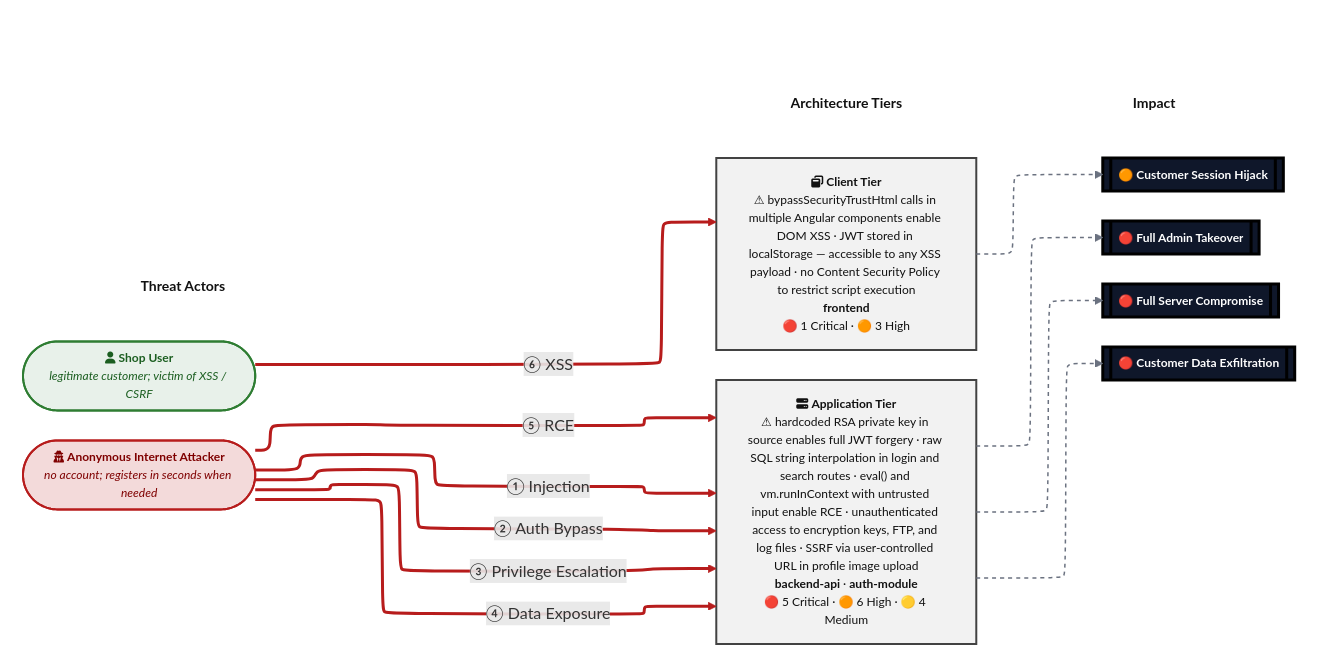
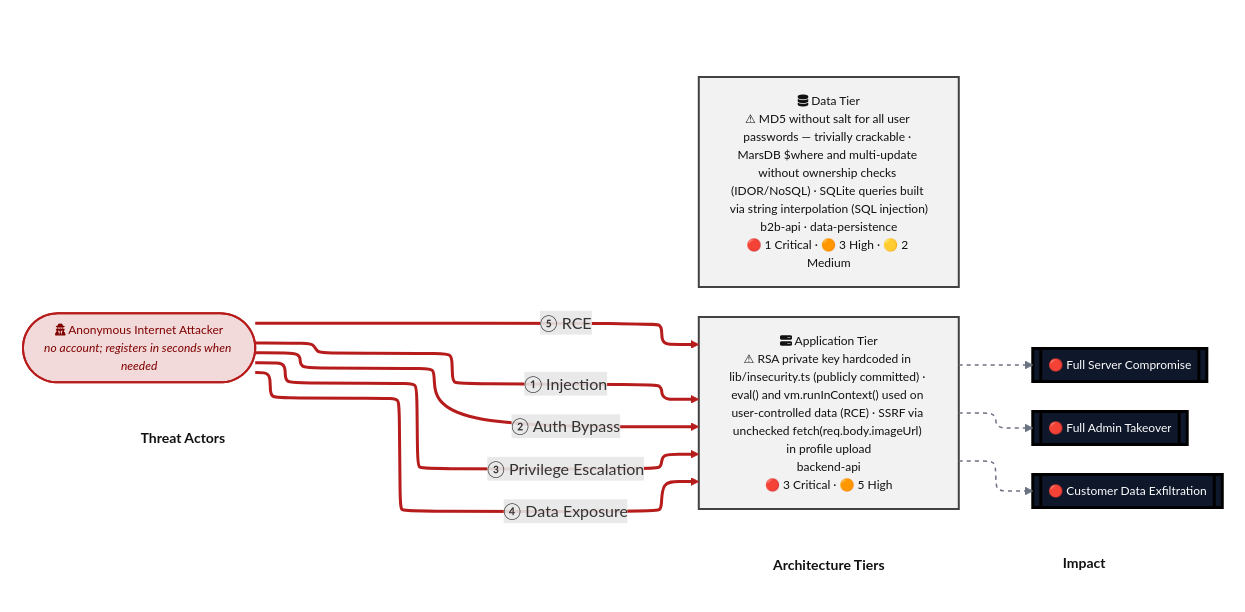
The first of 10 diagrams in examples/threat-modeler/threat-mode-juice-shop-quick.md (appsec-foundry/appsec-advisor), drawn with Mermaid before and after one commit. The commit also changed other lines of this file and 10 other files, not shown here.

````diff
--- a/examples/threat-modeler/threat-mode-juice-shop-quick.md
+++ b/examples/threat-modeler/threat-mode-juice-shop-quick.md
@@ -80,73 +81,68 @@
 ```mermaid
 %%{init: {"flowchart": {"defaultRenderer": "elk", "nodeSpacing": 40, "rankSpacing": 80}} }%%
 flowchart LR
     subgraph ACTORS[" "]
         direction TB
         HDR_A["<b>Threat Actors</b>"]:::columnHeader
-        SHOPUSER(["fa:fa-user <b>Shop User</b><br/><i>legitimate customer; victim of XSS / CSRF</i>"]):::actorShopUser
-        ANON(["fa:fa-user-secret <b>Anonymous Internet Attacker</b><br/><i>no account; registers in seconds when needed</i>"]):::actorAnon
+        ANON(["fa:fa-user-secret Anonymous Internet Attacker<br/><i>no account; registers in seconds when needed</i>"]):::actorAnon
     end
 
     subgraph TIERS[" "]
         direction TB
         HDR_T["<b>Architecture Tiers</b>"]:::columnHeader
-        BROWSER["fa:fa-window-restore <b>Client Tier</b><br/>⚠ bypassSecurityTrustHtml calls in multiple Angular components enable DOM XSS · JWT stored in localStorage — accessible to any XSS payload · no Content Security Policy to restrict script execution<br/><b>frontend</b><br/>🔴 1 Critical · 🟠 3 High"]:::tierClient
-        SERVER["fa:fa-server <b>Application Tier</b><br/>⚠ hardcoded RSA private key in source enables full JWT forgery · raw SQL string interpolation in login and search routes · eval() and vm.runInContext with untrusted input enable RCE · unauthenticated access to encryption keys, FTP, and log files · SSRF via user-controlled URL in profile image upload<br/><b>backend-api</b> · <b>auth-module</b><br/>🔴 5 Critical · 🟠 6 High · 🟡 4 Medium"]:::tierApp
+        SERVER["fa:fa-server Application Tier<br/>⚠ RSA private key hardcoded in lib/insecurity.ts (publicly committed) · eval() and vm.runInContext() used on user-controlled data (RCE) · SSRF via unchecked fetch(req.body.imageUrl) in profile upload<br/>backend-api<br/>🔴 3 Critical · 🟠 5 High"]:::tierApp
+        DATA["fa:fa-database Data Tier<br/>⚠ MD5 without salt for all user passwords — trivially crackable · MarsDB $where and multi-update without ownership checks (IDOR/NoSQL) · SQLite queries built via string interpolation (SQL injection)<br/>b2b-api · data-persistence<br/>🔴 1 Critical · 🟠 3 High · 🟡 2 Medium"]:::tierData
     end
 
     subgraph IMPACT[" "]
         direction TB
         HDR_I["<b>Impact</b>"]:::columnHeader
-        CUSTOMER_SESSION_HIJACK[["🟠 <b>Customer Session Hijack</b>"]]:::impact
-        FULL_ADMIN_TAKEOVER[["🔴 <b>Full Admin Takeover</b>"]]:::impact
-        FULL_SERVER_COMPROMISE[["🔴 <b>Full Server Compromise</b>"]]:::impact
-        CUSTOMER_DATA_EXFILTRATION[["🔴 <b>Customer Data Exfiltration</b>"]]:::impact
+        FULL_ADMIN_TAKEOVER[["🔴 Full Admin Takeover"]]:::impact
+        FULL_SERVER_COMPROMISE[["🔴 Full Server Compromise"]]:::impact
+        CUSTOMER_DATA_EXFILTRATION[["🔴 Customer Data Exfiltration"]]:::impact
     end
 
     %% Invisible alignment hints. Two purposes:
     %%   (a) keep the per-component alignment edges (e.g. SHOPUSER --- BROWSER,
     %%       ANON --- SERVER) so attack arrows route horizontally without
     %%       crossing tier boxes;
     %%   (b) chain the three column headers (HDR_A, HDR_T, HDR_I) across
     %%       subgraph boundaries so ELK pins them on the same Y line.
     HDR_A --- HDR_T
     HDR_T --- HDR_I
-    SHOPUSER --- BROWSER
     ANON --- SERVER
 
     %% Attack arrows
     ANON ==>|" ① Injection "| SERVER
     ANON ==>|" ② Auth Bypass "| SERVER
     ANON ==>|" ③ Privilege Escalation "| SERVER
     ANON ==>|" ④ Data Exposure "| SERVER
     ANON ==>|" ⑤ RCE "| SERVER
-    SHOPUSER ==>|" ⑥ XSS "| BROWSER
 
     %% Consequence arrows (tier → business impact, all LR-forward)
     SERVER -.-> CUSTOMER_DATA_EXFILTRATION
     SERVER -.-> FULL_ADMIN_TAKEOVER
     SERVER -.-> FULL_SERVER_COMPROMISE
-    BROWSER -.-> CUSTOMER_SESSION_HIJACK
 
     %% Subgraph frames invisible — column headers are emitted as the
     %% FIRST node of each subgraph (HDR_A / HDR_T / HDR_I) and pinned
     %% on the same Y line by the cross-subgraph alignment edges above.
     style ACTORS fill:none,stroke:none
     style TIERS  fill:none,stroke:none
     style IMPACT fill:none,stroke:none
 
     classDef tierClient fill:#f2f2f2,stroke:#424242,color:#111,stroke-width:2px,font-size:12px
     classDef tierApp    fill:#f2f2f2,stroke:#424242,color:#111,stroke-width:2px,font-size:12px
     classDef tierData   fill:#f2f2f2,stroke:#424242,color:#111,stroke-width:2px,font-size:12px
 
     classDef actorAnon     fill:#f3dada,stroke:#b71c1c,color:#7f0000,stroke-width:2px,font-size:12px
     classDef actorShopUser fill:#e8f1ea,stroke:#2e7d32,color:#1b5e20,stroke-width:2px,font-size:12px
     classDef impact        fill:#0f172a,stroke:#000,color:#fff,stroke-width:3px,font-size:12px
 
     classDef columnHeader  fill:none,stroke:none,color:#111,font-size:14px
 
-    linkStyle 0,1,2,3     stroke:transparent,stroke-width:0px
-    linkStyle 4,5,6,7,8,9     stroke:#b71c1c,stroke-width:3px
-    linkStyle 10,11,12,13     stroke:#6b7280,stroke-width:1.5px,stroke-dasharray:4
+    linkStyle 0,1,2     stroke:transparent,stroke-width:0px
+    linkStyle 3,4,5,6,7     stroke:#b71c1c,stroke-width:3px
+    linkStyle 8,9,10     stroke:#6b7280,stroke-width:1.5px,stroke-dasharray:4
 
 ```
````
